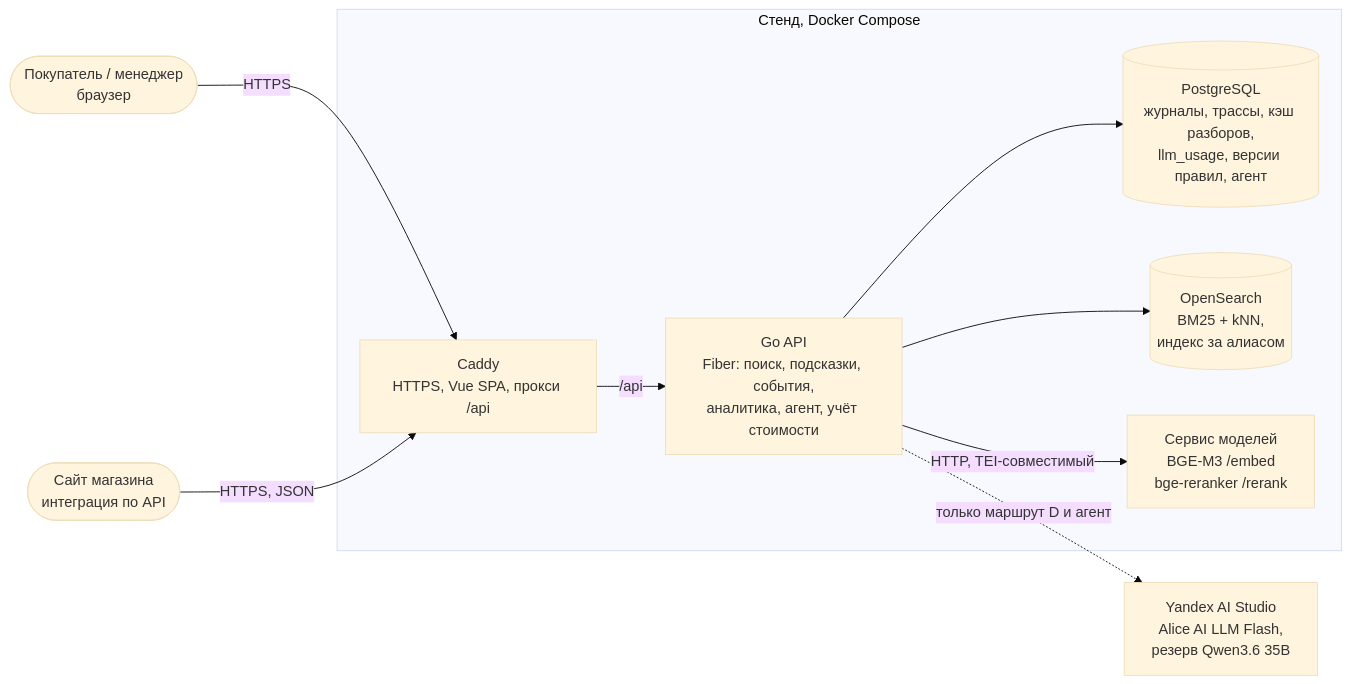
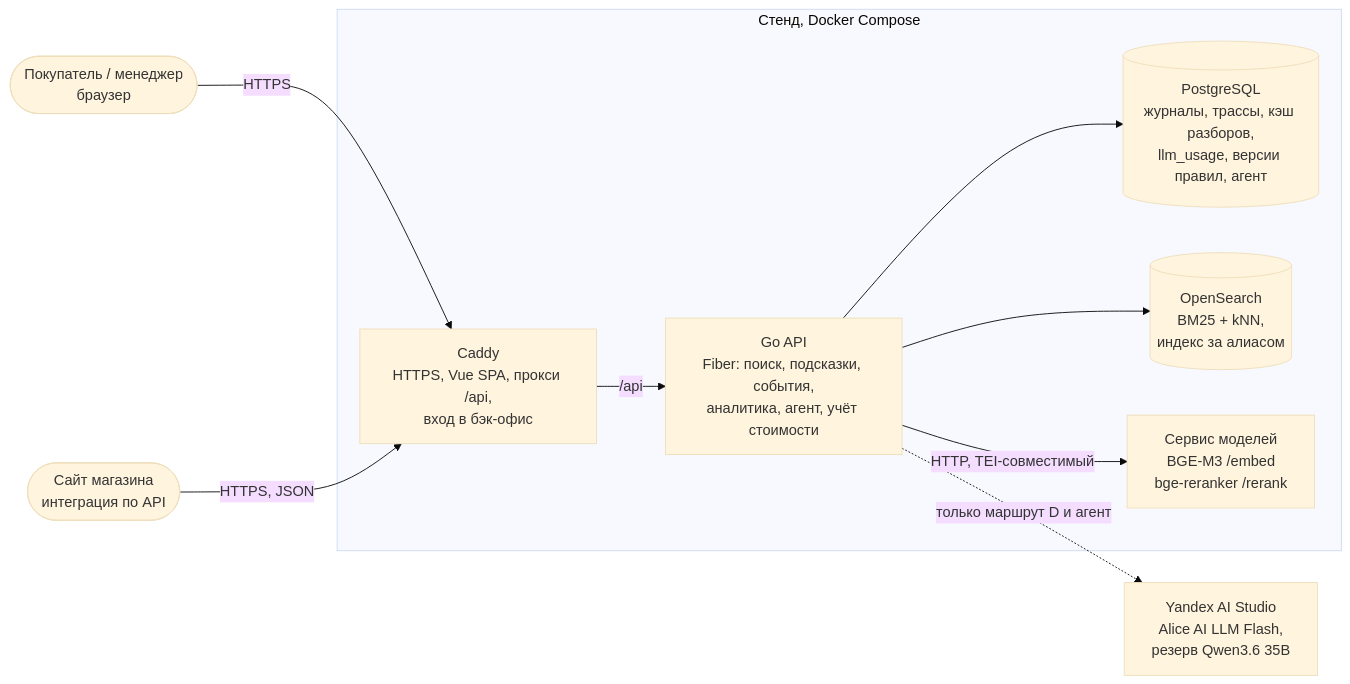
One commit to olegator-rus/rokotovka-plexet-kuznitsa changed the first of 4 diagrams in docs/ARCHITECTURE.md. Above: the diagram before and after it, drawn with Mermaid (base theme). The commit also changed other lines of this file and 57 other files, not shown here.

````diff
--- a/docs/ARCHITECTURE.md
+++ b/docs/ARCHITECTURE.md
@@ -12,23 +12,23 @@
 ```mermaid
 flowchart LR
     buyer([Покупатель / менеджер<br/>браузер])
     shop([Сайт магазина<br/>интеграция по API])
 
     subgraph stand [Стенд, Docker Compose]
-        web[Caddy<br/>HTTPS, Vue SPA, прокси /api]
+        web[Caddy<br/>HTTPS, Vue SPA, прокси /api,<br/>вход в бэк-офис]
         api[Go API<br/>Fiber: поиск, подсказки, события,<br/>аналитика, агент, учёт стоимости]
         pg[(PostgreSQL<br/>журналы, трассы, кэш разборов,<br/>llm_usage, версии правил, агент)]
         os[(OpenSearch<br/>BM25 + kNN,<br/>индекс за алиасом)]
         ml[Сервис моделей<br/>BGE-M3 /embed<br/>bge-reranker /rerank]
     end
 
     llm[Yandex AI Studio<br/>Alice AI LLM Flash,<br/>резерв Qwen3.6 35B]
 
     buyer -->|HTTPS| web
     shop -->|HTTPS, JSON| web
     web -->|/api| api
     api --> pg
     api --> os
     api -->|HTTP, TEI-совместимый| ml
     api -.->|только маршрут D и агент| llm
 ```
````
